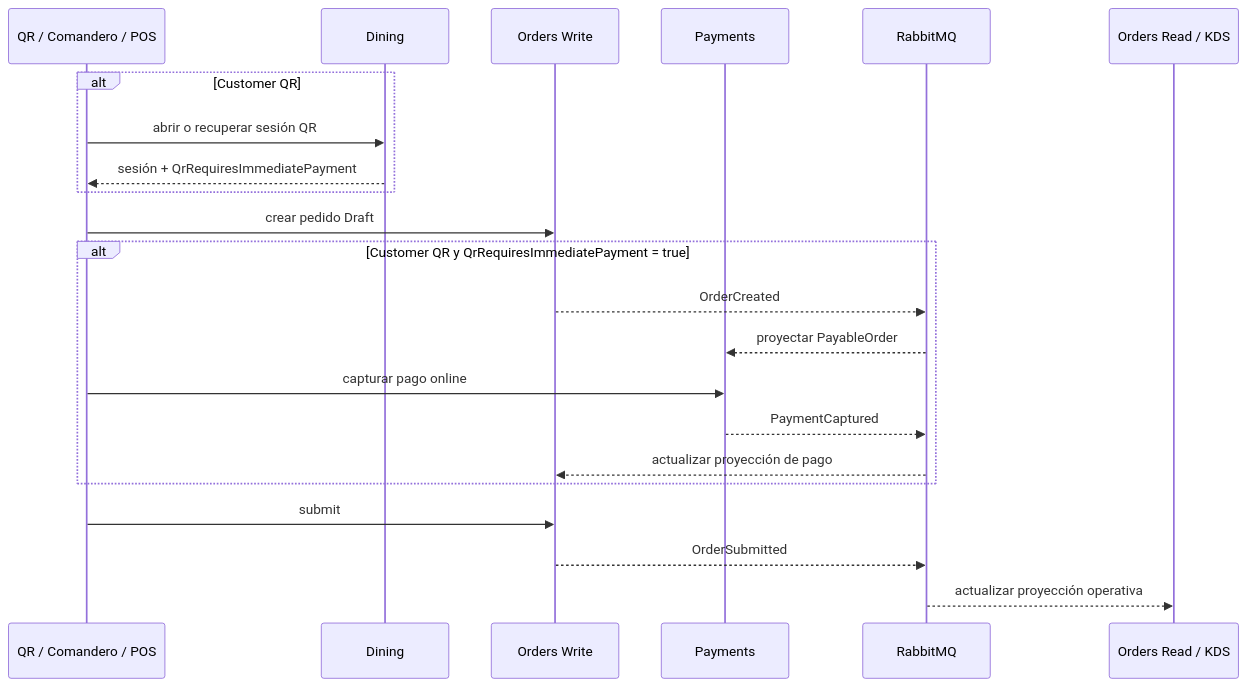
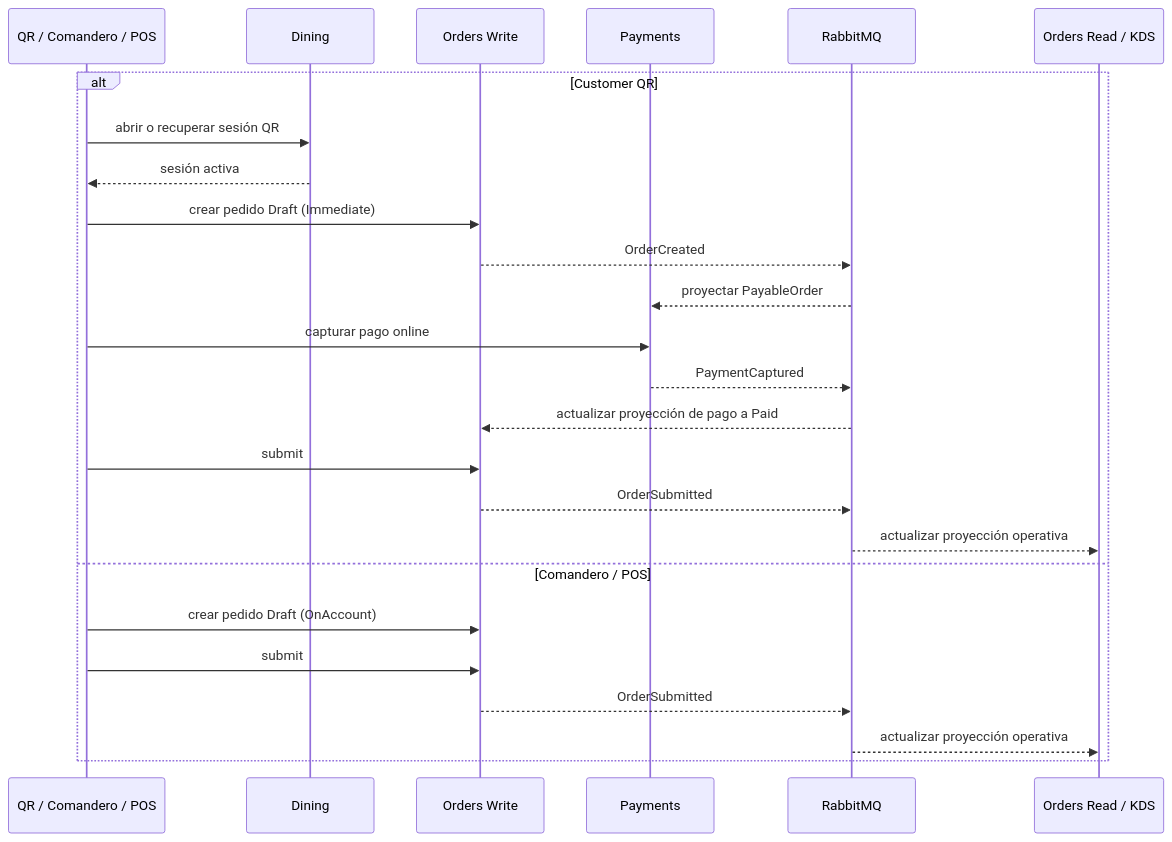
One commit to sergioocode/Restaurantes changed the third of 3 diagrams in README.md. Above: the diagram before and after it, drawn with Mermaid. The commit also changed other lines of this file and 53 other files, not shown here.

````diff
--- a/README.md
+++ b/README.md
@@ -310,28 +310,28 @@
 ```mermaid
 sequenceDiagram
     participant Client as QR / Comandero / POS
     participant Dining
     participant Orders as Orders Write
     participant Payments
     participant MQ as RabbitMQ
     participant KDS as Orders Read / KDS
 
     alt Customer QR
         Client->>Dining: abrir o recuperar sesión QR
-        Dining-->>Client: sesión + QrRequiresImmediatePayment
-    end
-
-    Client->>Orders: crear pedido Draft
-
-    alt Customer QR y QrRequiresImmediatePayment = true
+        Dining-->>Client: sesión activa
+        Client->>Orders: crear pedido Draft (Immediate)
         Orders-->>MQ: OrderCreated
         MQ-->>Payments: proyectar PayableOrder
         Client->>Payments: capturar pago online
         Payments-->>MQ: PaymentCaptured
-        MQ-->>Orders: actualizar proyección de pago
+        MQ-->>Orders: actualizar proyección de pago a Paid
+        Client->>Orders: submit
+        Orders-->>MQ: OrderSubmitted
+        MQ-->>KDS: actualizar proyección operativa
+    else Comandero / POS
+        Client->>Orders: crear pedido Draft (OnAccount)
+        Client->>Orders: submit
+        Orders-->>MQ: OrderSubmitted
+        MQ-->>KDS: actualizar proyección operativa
     end
-
-    Client->>Orders: submit
-    Orders-->>MQ: OrderSubmitted
-    MQ-->>KDS: actualizar proyección operativa
 ```
````
